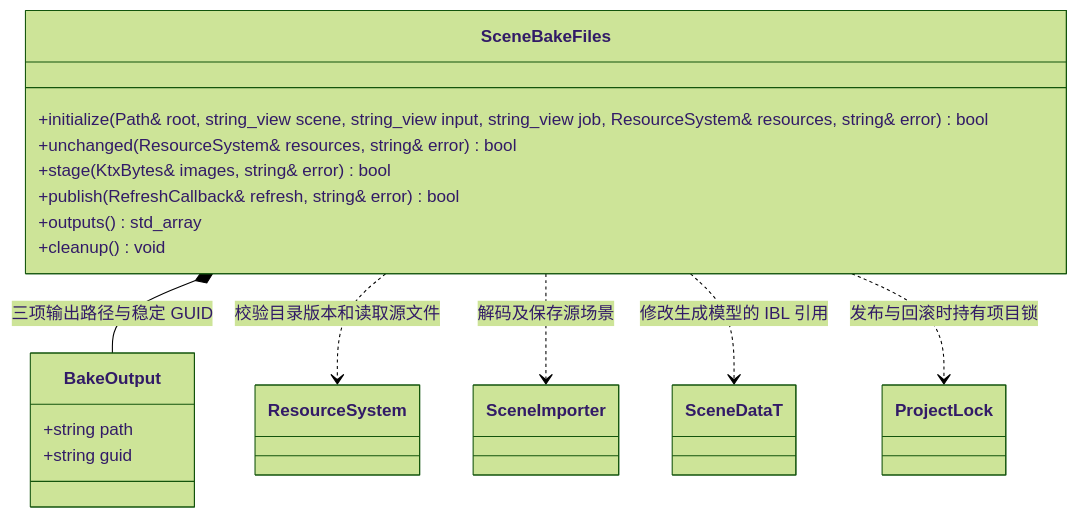
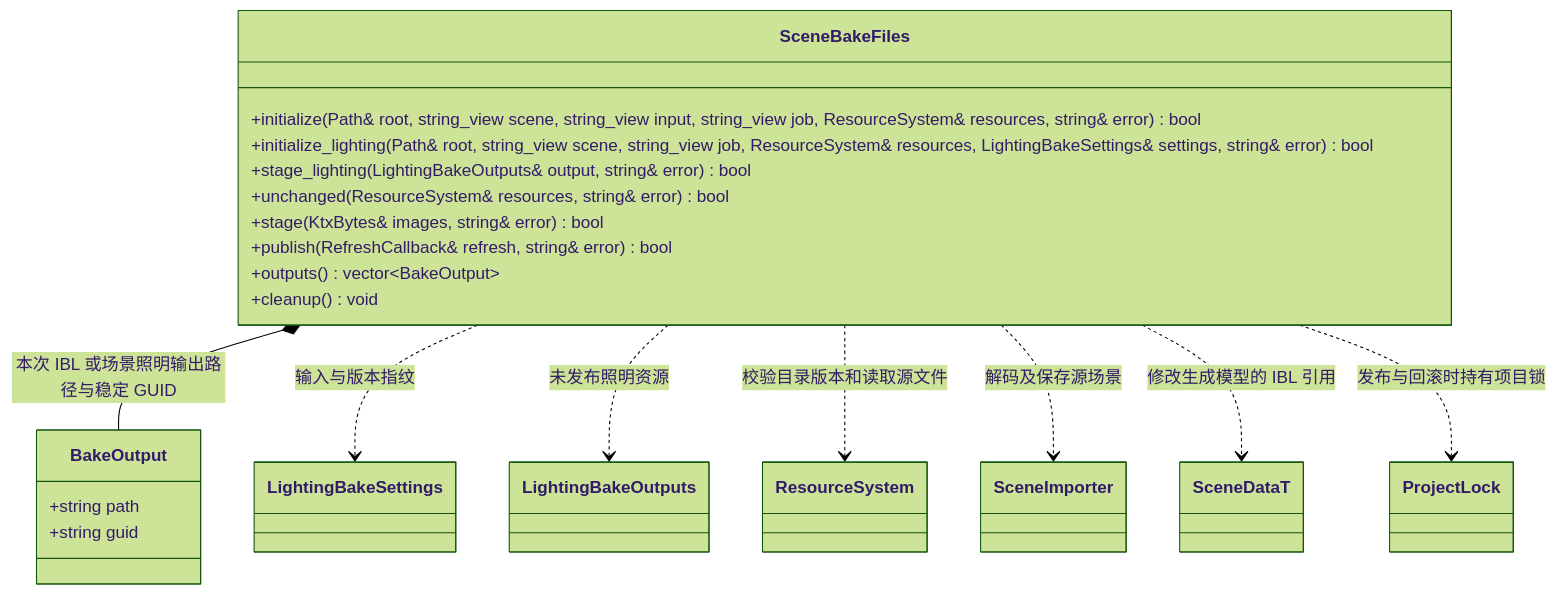
One commit to lcals/Engine changed the third of 3 diagrams in docs/plugins/editor/class-diagrams/scene-bake.md. Above: the diagram before and after it, drawn with Mermaid (forest theme). The commit also changed other lines of this file and 305 other files, not shown here.

````diff
--- a/docs/plugins/editor/class-diagrams/scene-bake.md
+++ b/docs/plugins/editor/class-diagrams/scene-bake.md
@@ -63,24 +69,30 @@
 ```mermaid
 classDiagram
     class SceneBakeFiles {
         +initialize(Path& root, string_view scene, string_view input, string_view job, ResourceSystem& resources, string& error) bool
+        +initialize_lighting(Path& root, string_view scene, string_view job, ResourceSystem& resources, LightingBakeSettings& settings, string& error) bool
+        +stage_lighting(LightingBakeOutputs& output, string& error) bool
         +unchanged(ResourceSystem& resources, string& error) bool
         +stage(KtxBytes& images, string& error) bool
         +publish(RefreshCallback& refresh, string& error) bool
-        +outputs() std_array
+        +outputs() vector~BakeOutput~
         +cleanup() void
     }
     class BakeOutput {
         +string path
         +string guid
     }
     class ResourceSystem
     class SceneImporter
+    class LightingBakeSettings
+    class LightingBakeOutputs
     class SceneDataT
     class ProjectLock
-    SceneBakeFiles *-- BakeOutput : 三项输出路径与稳定 GUID
+    SceneBakeFiles *-- BakeOutput : 本次 IBL 或场景照明输出路径与稳定 GUID
+    SceneBakeFiles ..> LightingBakeSettings : 输入与版本指纹
+    SceneBakeFiles ..> LightingBakeOutputs : 未发布照明资源
     SceneBakeFiles ..> ResourceSystem : 校验目录版本和读取源文件
     SceneBakeFiles ..> SceneImporter : 解码及保存源场景
     SceneBakeFiles ..> SceneDataT : 修改生成模型的 IBL 引用
     SceneBakeFiles ..> ProjectLock : 发布与回滚时持有项目锁
 ```
````
